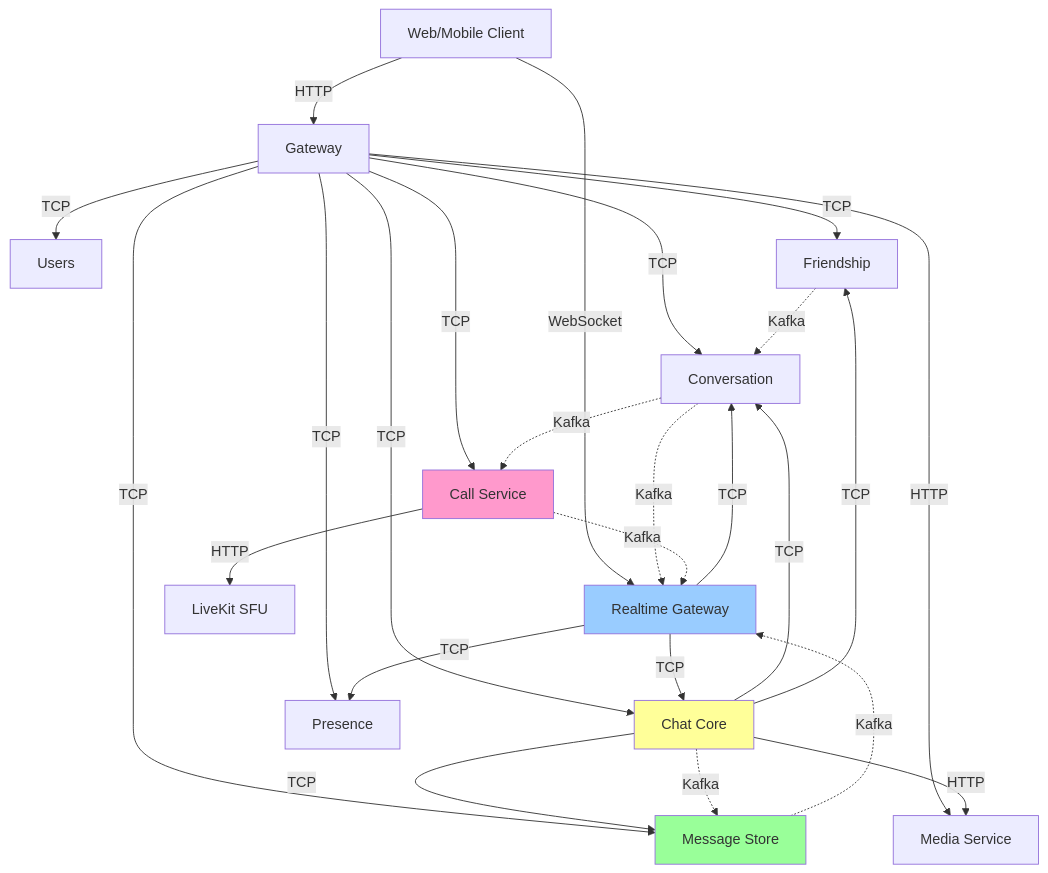
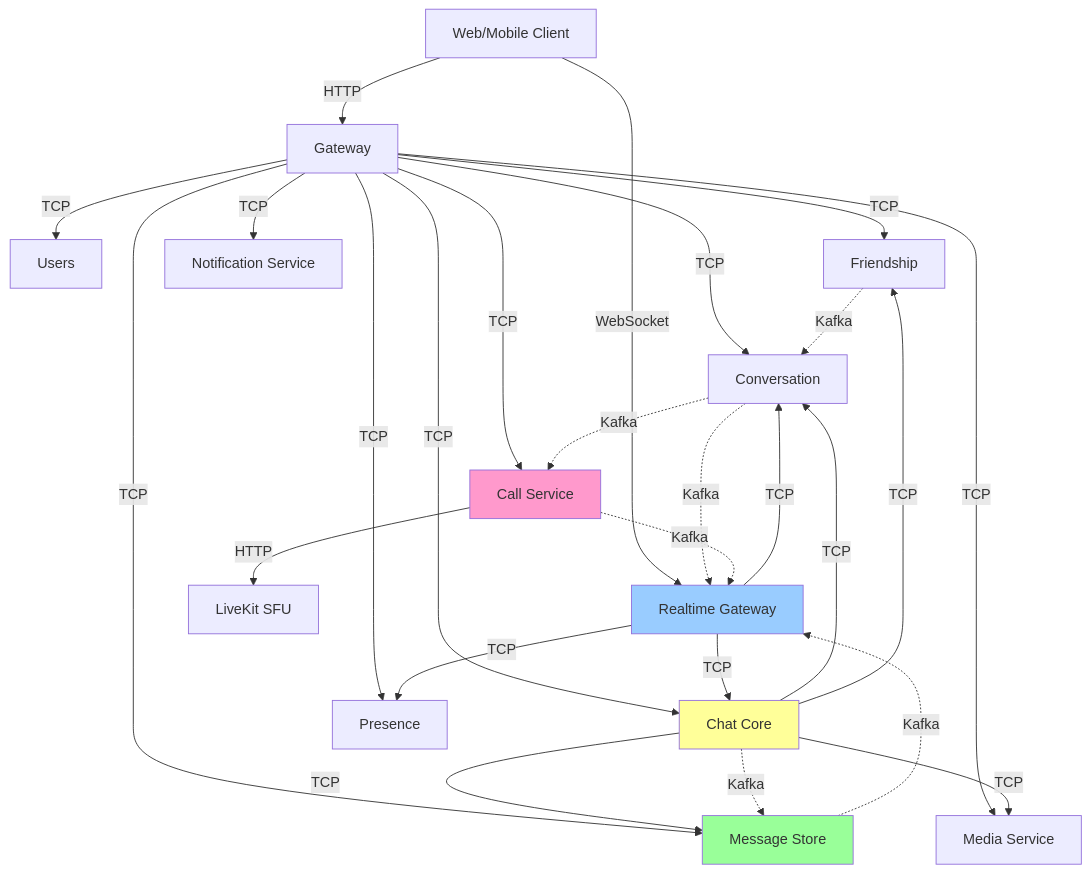
One commit to nguyenhung204/Zolo changed the first of 2 diagrams in docs_backend/integration/SERVICE_COMMUNICATION.md. Above: the diagram before and after it, drawn with Mermaid. The commit also changed other lines of this file and 57 other files, not shown here.

````diff
--- a/docs_backend/integration/SERVICE_COMMUNICATION.md
+++ b/docs_backend/integration/SERVICE_COMMUNICATION.md
@@ -52,39 +53,40 @@
 ```mermaid
 graph TD
     Client[Web/Mobile Client]
     
     Client -->|HTTP| Gateway
     Client -->|WebSocket| RealtimeGW[Realtime Gateway]
     
     Gateway -->|TCP| Users
     Gateway -->|TCP| Friendship
     Gateway -->|TCP| Conversation
     Gateway -->|TCP| ChatCore[Chat Core]
     Gateway -->|TCP| MessageStore[Message Store]
     Gateway -->|TCP| Presence
-    Gateway -->|HTTP| MediaService[Media Service]
+    Gateway -->|TCP| MediaService[Media Service]
     Gateway -->|TCP| CallSvc[Call Service]
+    Gateway -->|TCP| NotificationSvc[Notification Service]
     
     RealtimeGW -->|TCP| ChatCore
     RealtimeGW -->|TCP| Conversation
     RealtimeGW -->|TCP| Presence
     
     ChatCore -->|TCP| Conversation
     ChatCore -->|TCP| Friendship
     ChatCore -->|TCP| MessageStore
-    ChatCore -->|HTTP| MediaService
+    ChatCore -->|TCP| MediaService
     
     CallSvc -->|HTTP| LiveKit[LiveKit SFU]
     
     ChatCore -.->|Kafka| MessageStore
     MessageStore -.->|Kafka| RealtimeGW
     Friendship -.->|Kafka| Conversation
     Conversation -.->|Kafka| RealtimeGW
     Conversation -.->|Kafka| CallSvc
     CallSvc -.->|Kafka| RealtimeGW
     
     style ChatCore fill:#ff9
     style MessageStore fill:#9f9
     style RealtimeGW fill:#9cf
     style CallSvc fill:#f9c
 ```
````
